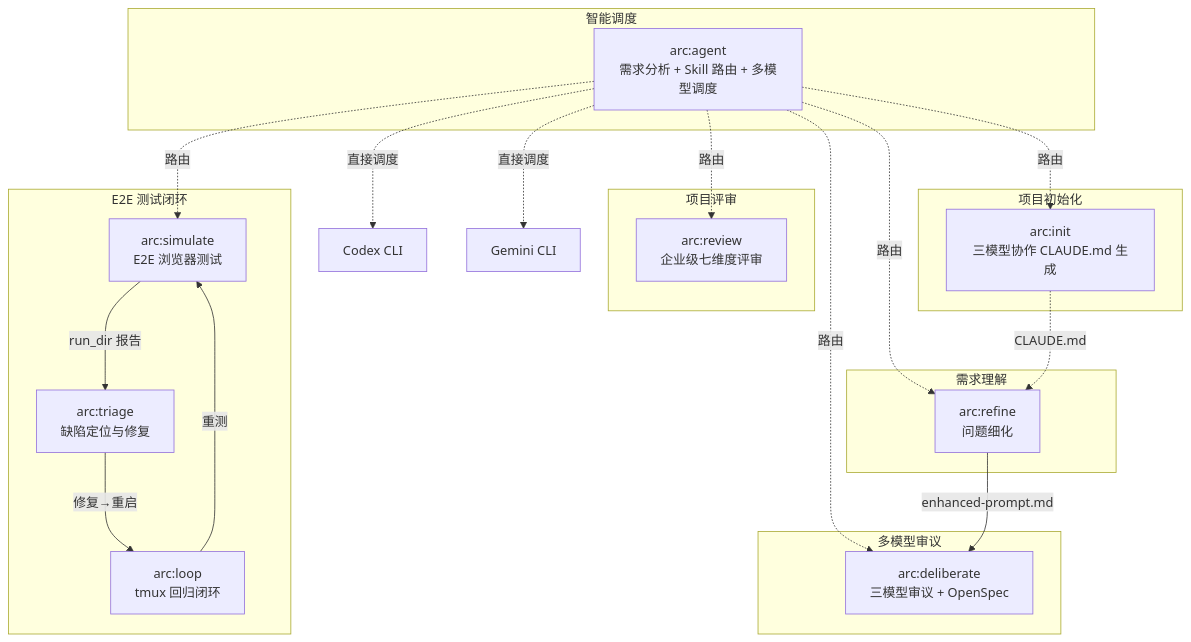
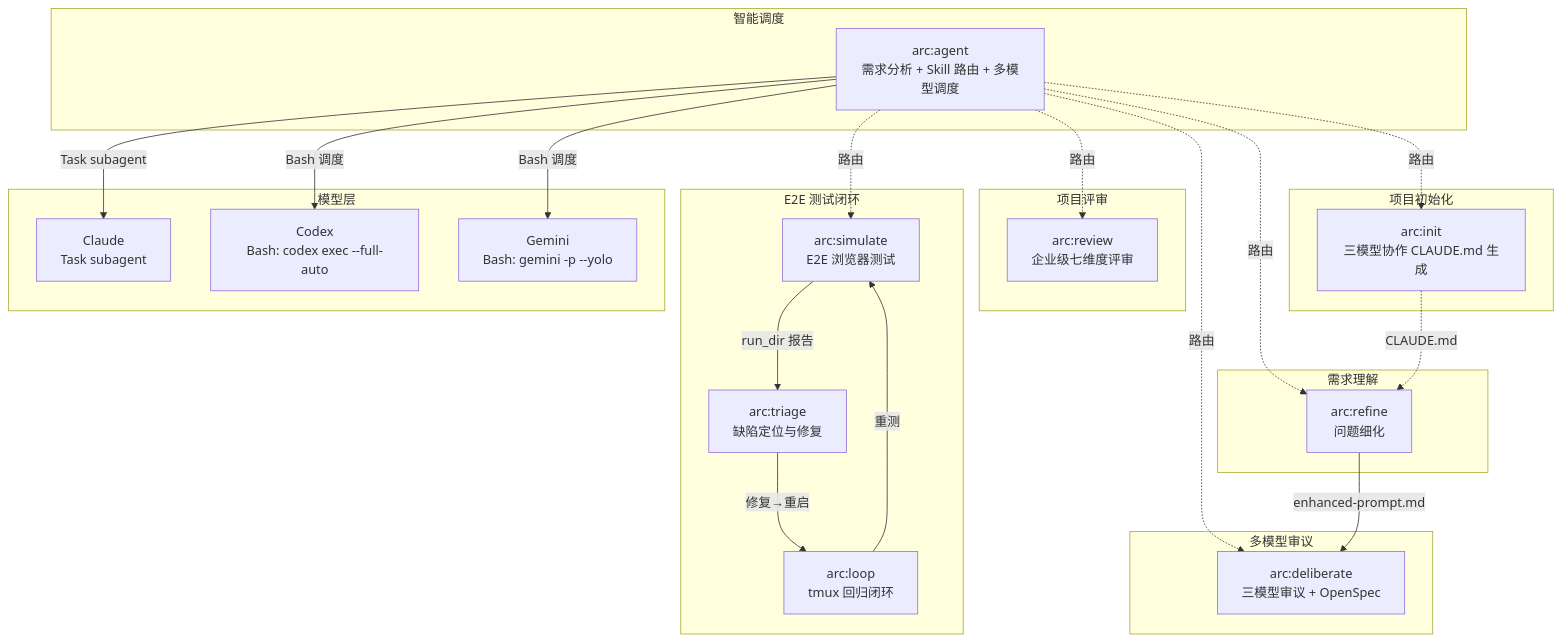
One commit to iwen-conf/Skills changed the first of 2 diagrams in README.md. Above: the diagram before and after it, drawn with Mermaid. The commit also changed other lines of this file, not shown here.

Commit message:
fix: 修复架构图模型调用方式标注，修正乱码字符
- 架构图新增「模型层」子图，标注 Claude=Task subagent / Codex=Bash / Gemini=Bash
- 修复快速开始中 /arc:init 注释的 UTF-8 乱码

````diff
--- a/README.md
+++ b/README.md
@@ -7,37 +7,43 @@
 ```mermaid
 graph TD
     subgraph "智能调度"
         agent["arc:agent<br/>需求分析 + Skill 路由 + 多模型调度"]
     end
     subgraph "项目初始化"
         init["arc:init<br/>三模型协作 CLAUDE.md 生成"]
     end
     subgraph "需求理解"
         refine["arc:refine<br/>问题细化"]
     end
     subgraph "多模型审议"
         deliberate["arc:deliberate<br/>三模型审议 + OpenSpec"]
     end
     subgraph "项目评审"
         review["arc:review<br/>企业级七维度评审"]
     end
     subgraph "E2E 测试闭环"
         simulate["arc:simulate<br/>E2E 浏览器测试"]
         triage["arc:triage<br/>缺陷定位与修复"]
         loop["arc:loop<br/>tmux 回归闭环"]
     end
+    subgraph "模型层"
+        claude["Claude<br/>Task subagent"]
+        codex["Codex<br/>Bash: codex exec --full-auto"]
+        gemini["Gemini<br/>Bash: gemini -p --yolo"]
+    end
 
     agent -.->|"路由"| init
     agent -.->|"路由"| refine
     agent -.->|"路由"| deliberate
     agent -.->|"路由"| review
     agent -.->|"路由"| simulate
-    agent -.->|"直接调度"| codex["Codex CLI"]
-    agent -.->|"直接调度"| gemini["Gemini CLI"]
+    agent -->|"Task subagent"| claude
+    agent -->|"Bash 调度"| codex
+    agent -->|"Bash 调度"| gemini
 
     init -.->|"CLAUDE.md"| refine
     refine -->|"enhanced-prompt.md"| deliberate
     simulate -->|"run_dir 报告"| triage
     triage -->|"修复→重启"| loop
     loop -->|"重测"| simulate
 ```
````
